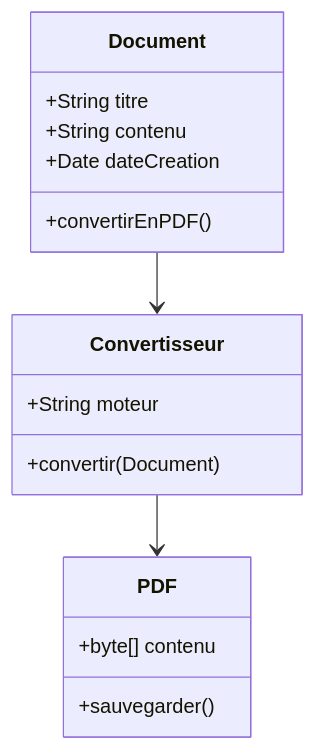
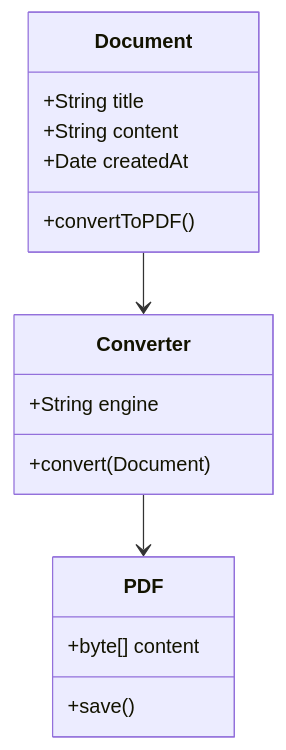
The third of 5 diagrams in example.md (pleymor/homebrew-md2pdf), drawn with Mermaid before and after one commit. The commit also changed other lines of this file and 1 other file, not shown here.

````diff
--- a/example.md
+++ b/example.md
@@ -43,22 +43,22 @@
 ```mermaid
 classDiagram
     class Document {
-        +String titre
-        +String contenu
-        +Date dateCreation
-        +convertirEnPDF()
+        +String title
+        +String content
+        +Date createdAt
+        +convertToPDF()
     }
     
-    class Convertisseur {
-        +String moteur
-        +convertir(Document)
+    class Converter {
+        +String engine
+        +convert(Document)
     }
     
     class PDF {
-        +byte[] contenu
-        +sauvegarder()
+        +byte[] content
+        +save()
     }
     
-    Document --> Convertisseur
-    Convertisseur --> PDF
+    Document --> Converter
+    Converter --> PDF
 ```
````
